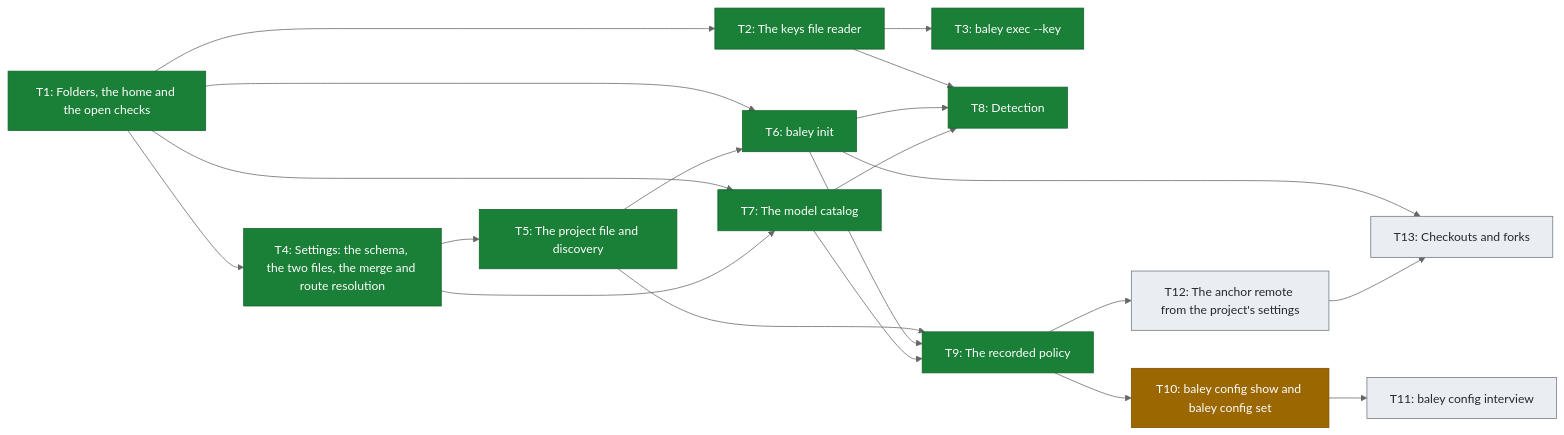
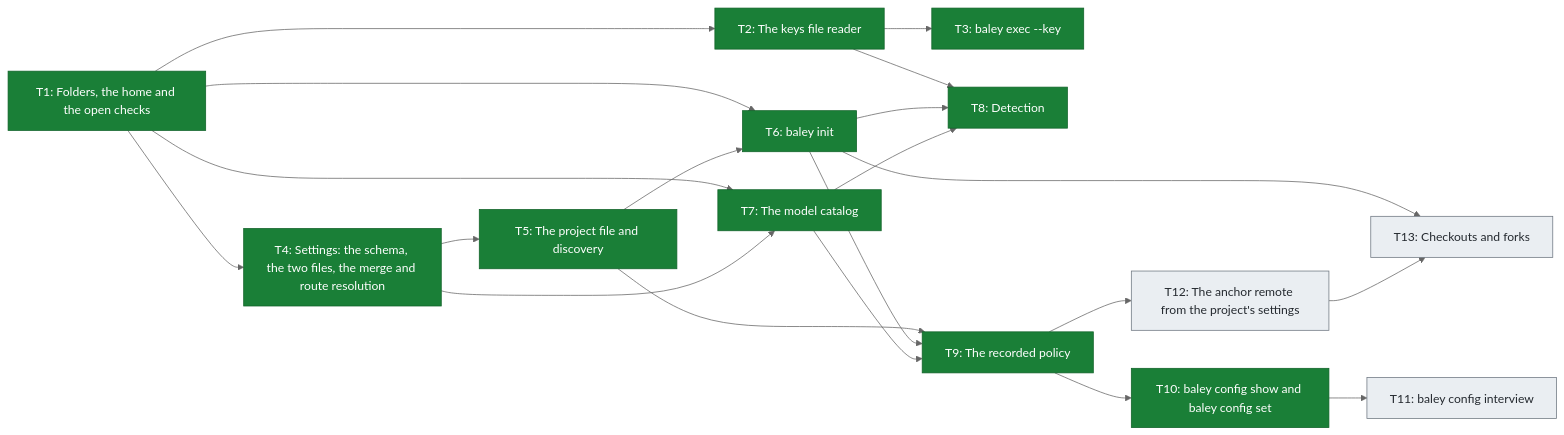
The third of 3 diagrams in docs/roadmap.md (crenshawdev/baley), drawn with Mermaid (neutral theme) before and after one commit. The commit also changed other lines of this file, not shown here.

Commit message:
docs(roadmap): mark build 2 t10 merged
T10's pull request is #170, so its row links it and reads merged, which
merging that pull request makes true. Figure 3 moves T10 to done and the
status line counts T1 to T10 as of the main this branch sits on.

````diff
--- a/docs/roadmap.md
+++ b/docs/roadmap.md
@@ -100,43 +100,41 @@
 ```mermaid
 flowchart LR
     T1["T1: Folders, the home and the open checks"]
     T2["T2: The keys file reader"]
     T3["T3: baley exec --key"]
     T4["T4: Settings: the schema, the two files, the merge and route resolution"]
     T5["T5: The project file and discovery"]
     T6["T6: baley init"]
     T7["T7: The model catalog"]
     T8["T8: Detection"]
     T9["T9: The recorded policy"]
     T10["T10: baley config show and baley config set"]
     T11["T11: baley config interview"]
     T12["T12: The anchor remote from the project's settings"]
     T13["T13: Checkouts and forks"]
 
     T1 --> T2
     T1 --> T4
     T1 --> T6
     T1 --> T7
     T2 --> T3
     T2 --> T8
     T4 --> T5
     T4 --> T7
     T5 --> T6
     T5 --> T9
     T6 --> T8
     T6 --> T9
     T6 --> T13
     T7 --> T8
     T7 --> T9
     T9 --> T10
     T9 --> T12
     T10 --> T11
     T12 --> T13
 
     classDef done fill:#1a7f37,stroke:#116329,color:#ffffff
     classDef planned fill:#eaeef2,stroke:#6e7781,color:#24292f
-    classDef progress fill:#9a6700,stroke:#7d4e00,color:#ffffff
-    class T1,T2,T3,T4,T5,T6,T7,T8,T9 done
-    class T10 progress
+    class T1,T2,T3,T4,T5,T6,T7,T8,T9,T10 done
     class T11,T12,T13 planned
 ```
````
